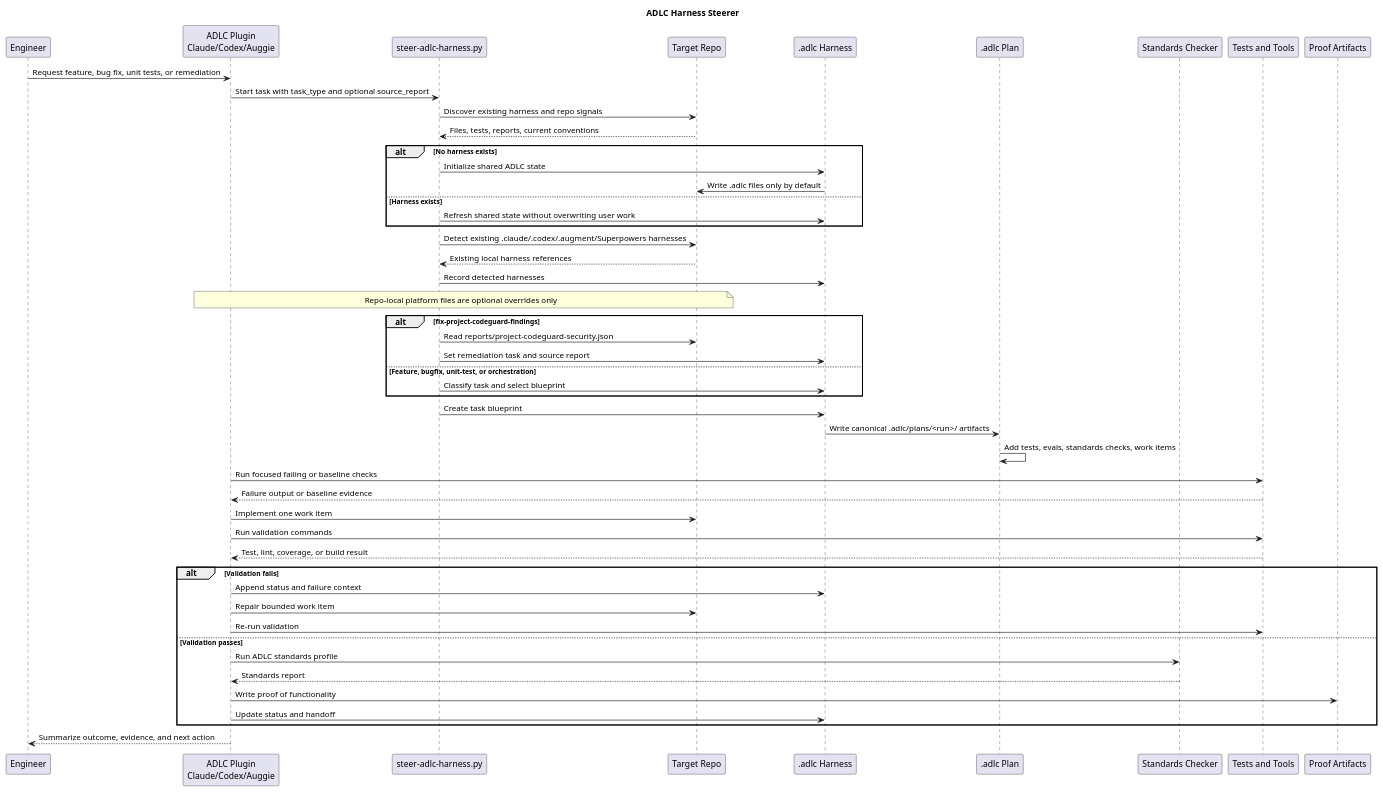
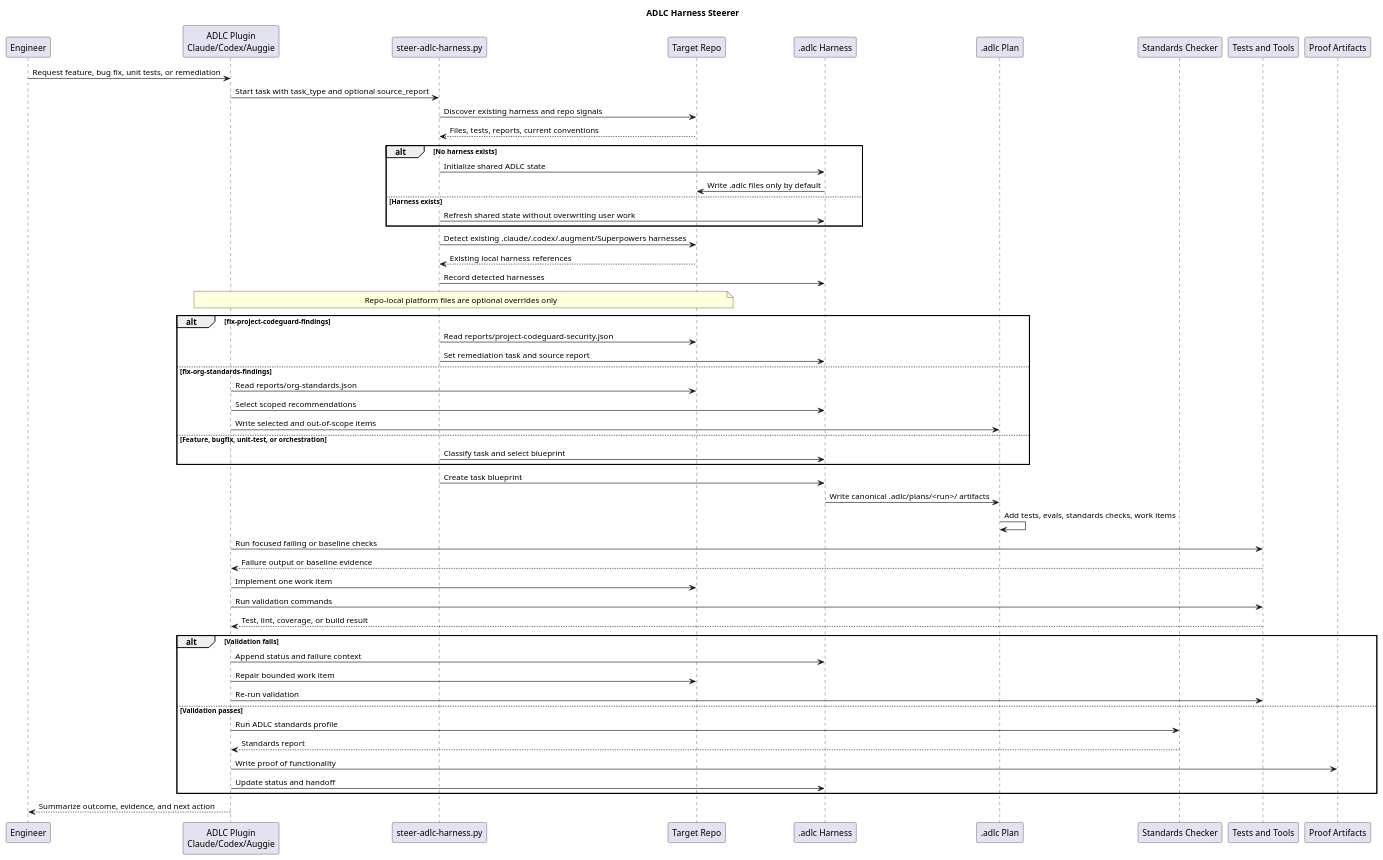
The diagram in plugins/ai-ready-sdlc/docs/diagrams/adlc-harness-steerer.wsd (Kashyap-AI-ML-Solutions/ai-ready-sdlc-augment), drawn with PlantUML before and after one commit. The commit also changed 7 other files, not shown here.

```diff
--- a/plugins/ai-ready-sdlc/docs/diagrams/adlc-harness-steerer.wsd
+++ b/plugins/ai-ready-sdlc/docs/diagrams/adlc-harness-steerer.wsd
@@ -1,57 +1,61 @@
 title ADLC Harness Steerer
 
 participant Engineer
 participant "ADLC Plugin\nClaude/Codex/Auggie" as Plugin
 participant "steer-adlc-harness.py" as Conductor
 participant "Target Repo" as Repo
 participant ".adlc Harness" as Harness
 participant ".adlc Plan" as Plan
 participant "Standards Checker" as Checker
 participant "Tests and Tools" as Tools
 participant "Proof Artifacts" as Proof
 
 Engineer->Plugin: Request feature, bug fix, unit tests, or remediation
 Plugin->Conductor: Start task with task_type and optional source_report
 Conductor->Repo: Discover existing harness and repo signals
 Repo-->Conductor: Files, tests, reports, current conventions
 
 alt No harness exists
   Conductor->Harness: Initialize shared ADLC state
   Harness->Repo: Write .adlc files only by default
 else Harness exists
   Conductor->Harness: Refresh shared state without overwriting user work
 end
 
 Conductor->Repo: Detect existing .claude/.codex/.augment/Superpowers harnesses
 Repo-->Conductor: Existing local harness references
 Conductor->Harness: Record detected harnesses
 note over Plugin,Repo: Repo-local platform files are optional overrides only
 
 alt fix-project-codeguard-findings
   Conductor->Repo: Read reports/project-codeguard-security.json
   Conductor->Harness: Set remediation task and source report
+else fix-org-standards-findings
+  Plugin->Repo: Read reports/org-standards.json
+  Plugin->Harness: Select scoped recommendations
+  Plugin->Plan: Write selected and out-of-scope items
 else Feature, bugfix, unit-test, or orchestration
   Conductor->Harness: Classify task and select blueprint
 end
 
 Conductor->Harness: Create task blueprint
 Harness->Plan: Write canonical .adlc/plans/<run>/ artifacts
 Plan->Plan: Add tests, evals, standards checks, work items
 Plugin->Tools: Run focused failing or baseline checks
 Tools-->Plugin: Failure output or baseline evidence
 Plugin->Repo: Implement one work item
 Plugin->Tools: Run validation commands
 Tools-->Plugin: Test, lint, coverage, or build result
 
 alt Validation fails
   Plugin->Harness: Append status and failure context
   Plugin->Repo: Repair bounded work item
   Plugin->Tools: Re-run validation
 else Validation passes
   Plugin->Checker: Run ADLC standards profile
   Checker-->Plugin: Standards report
   Plugin->Proof: Write proof of functionality
   Plugin->Harness: Update status and handoff
 end
 
 Plugin-->Engineer: Summarize outcome, evidence, and next action
```
